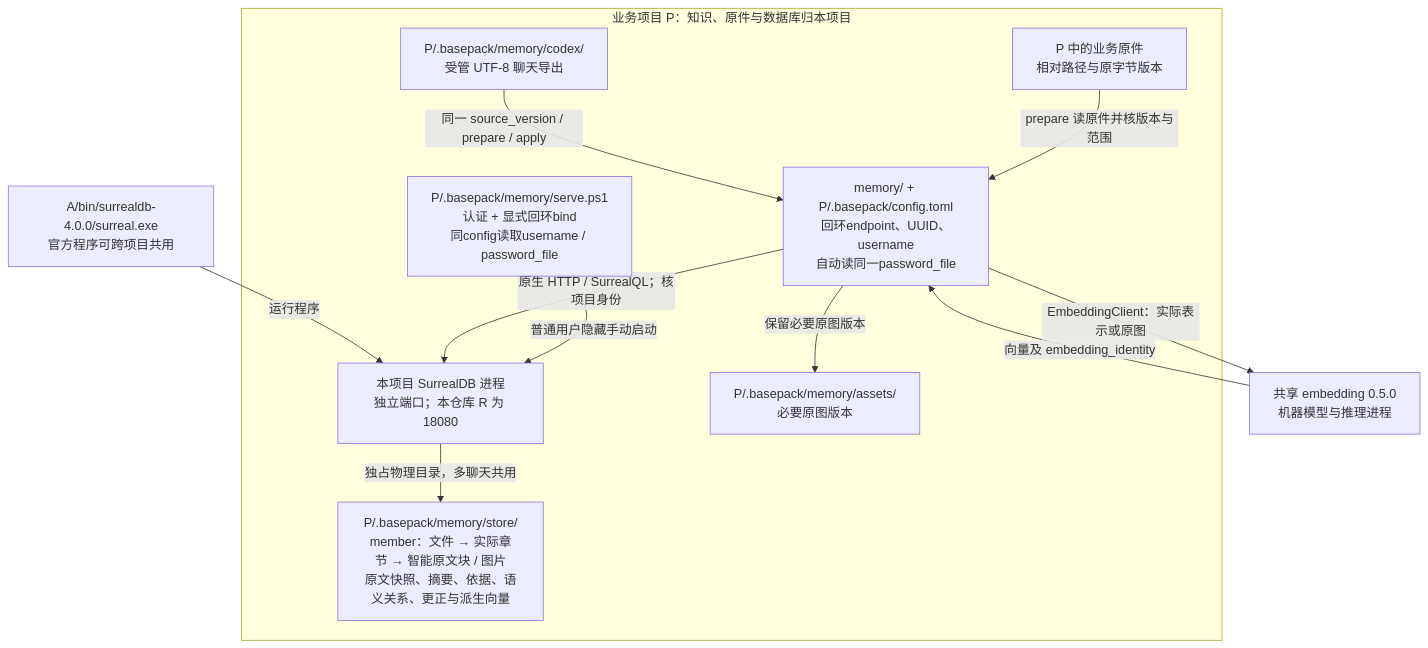
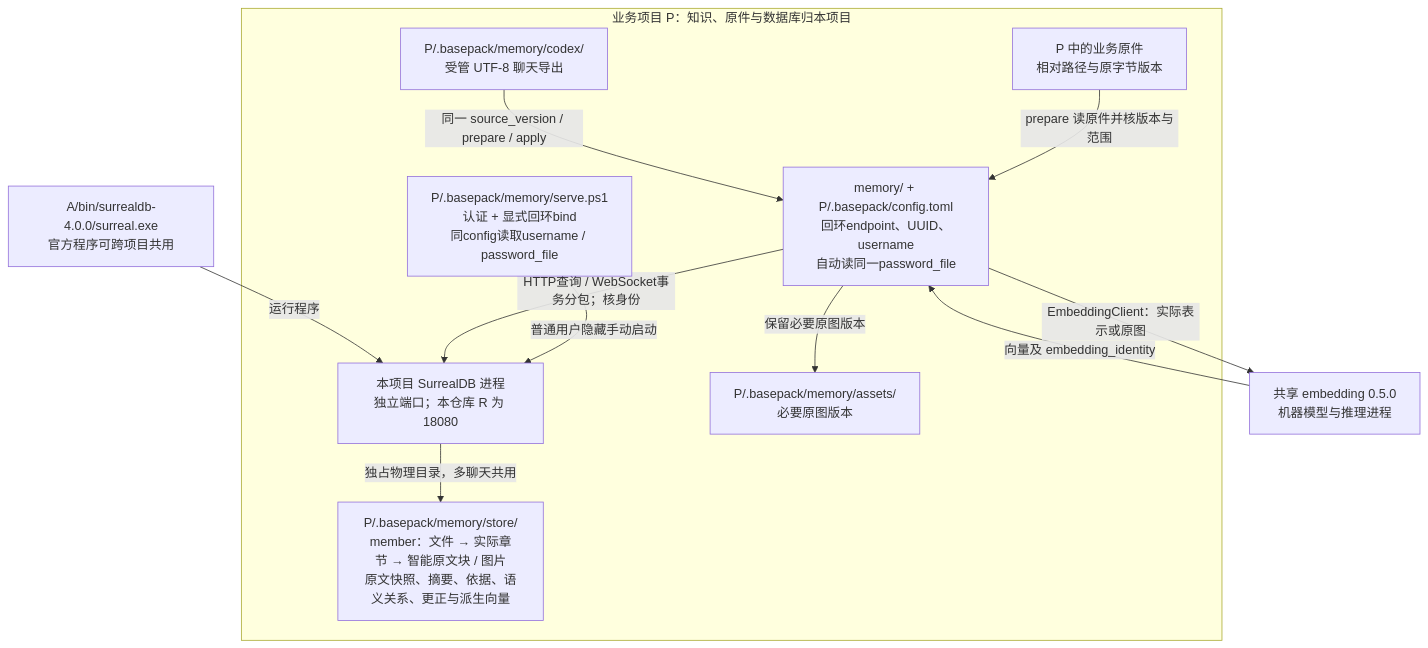
One commit to YS-Pan/basePack changed the fifth of 8 diagrams in devDoc/system/diagrams.md. Above: the diagram before and after it, drawn with Mermaid. The commit also changed other lines of this file and 55 other files, not shown here.

````diff
--- a/devDoc/system/diagrams.md
+++ b/devDoc/system/diagrams.md
@@ -133,22 +133,22 @@
 ```mermaid
 flowchart TB
   exe["A/bin/surrealdb-4.0.0/surreal.exe<br/>官方程序可跨项目共用"]
   subgraph project["业务项目 P：知识、原件与数据库归本项目"]
     launch["P/.basepack/memory/serve.ps1<br/>认证 + 显式回环bind<br/>同config读取username / password_file"]
     server["本项目 SurrealDB 进程<br/>独立端口；本仓库 R 为 18080"]
     store["P/.basepack/memory/store/<br/>member：文件 → 实际章节 → 智能原文块 / 图片<br/>原文快照、摘要、依据、语义关系、更正与派生向量"]
     assets["P/.basepack/memory/assets/<br/>必要原图版本"]
     original["P 中的业务原件<br/>相对路径与原字节版本"]
     chats["P/.basepack/memory/codex/<br/>受管 UTF-8 聊天导出"]
     client["memory/ + P/.basepack/config.toml<br/>回环endpoint、UUID、username<br/>自动读同一password_file"]
     launch -->|普通用户隐藏手动启动| server
-    client -->|原生 HTTP / SurrealQL；核项目身份| server
+    client -->|HTTP查询 / WebSocket事务分包；核身份| server
     server -->|独占物理目录，多聊天共用| store
     original -->|prepare 读原件并核版本与范围| client
     chats -->|同一 source_version / prepare / apply| client
     client -->|保留必要原图版本| assets
   end
   exe -->|运行程序| server
   client -->|EmbeddingClient：实际表示或原图| embedding["共享 embedding 0.5.0<br/>机器模型与推理进程"]
   embedding -->|向量及 embedding_identity| client
 ```
````
